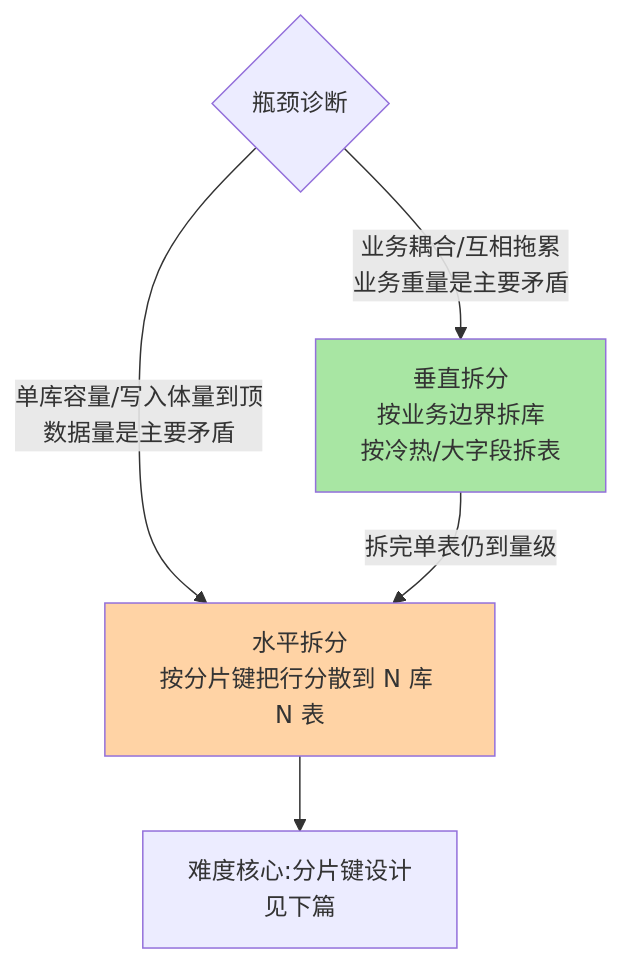
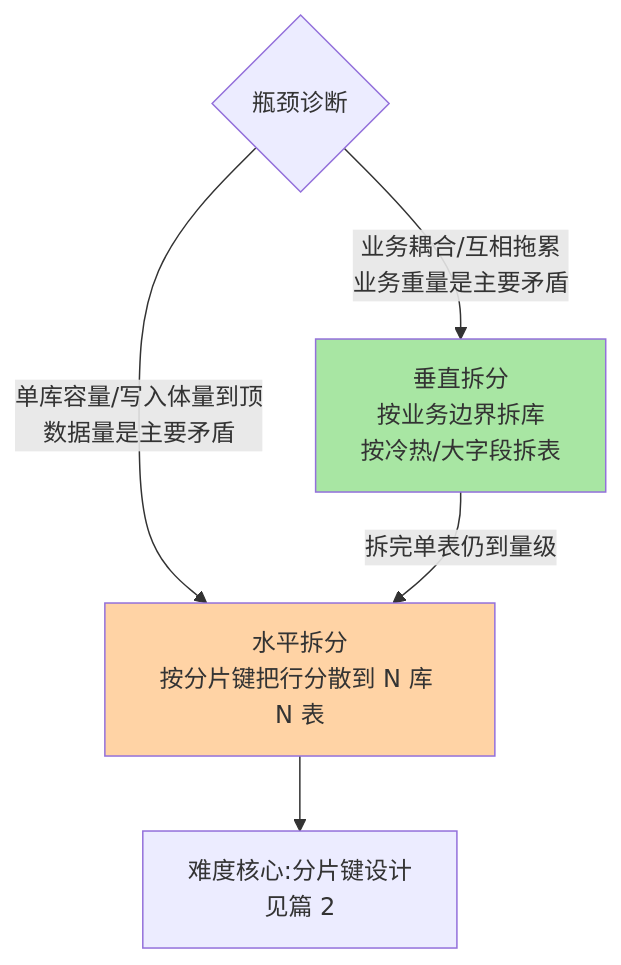
The second of 4 diagrams in docs/data/mysql/专题层/分库分表深度/1_拆分方案选型-深度.md (xiaobo1997/programmer-knowledge-graph), drawn with Mermaid before and after one commit. The commit also changed other lines of this file and 12 other files, not shown here.

````diff
--- a/docs/data/mysql/专题层/分库分表深度/1_拆分方案选型-深度.md
+++ b/docs/data/mysql/专题层/分库分表深度/1_拆分方案选型-深度.md
@@ -55,9 +82,9 @@
 ```mermaid
 flowchart TD
     Q{"瓶颈诊断"} -->|"单库容量/写入体量到顶<br/>数据量是主要矛盾"| H["水平拆分<br/>按分片键把行分散到 N 库 N 表"]
     Q -->|"业务耦合/互相拖累<br/>业务重量是主要矛盾"| V["垂直拆分<br/>按业务边界拆库<br/>按冷热/大字段拆表"]
     V -->|"拆完单表仍到量级"| H
-    H --> R["难度核心:分片键设计<br/>见下篇"]
+    H --> R["难度核心:分片键设计<br/>见篇 2"]
     style H fill:#ffd3a5
     style V fill:#a8e6a3
 ```
````
